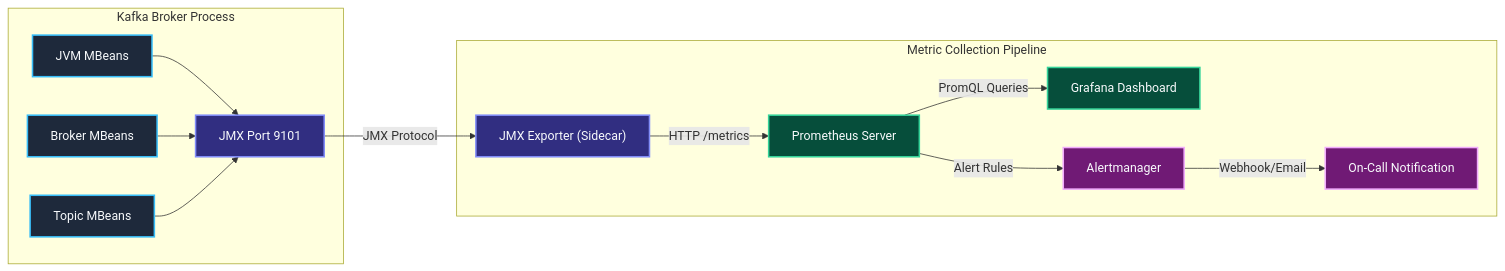
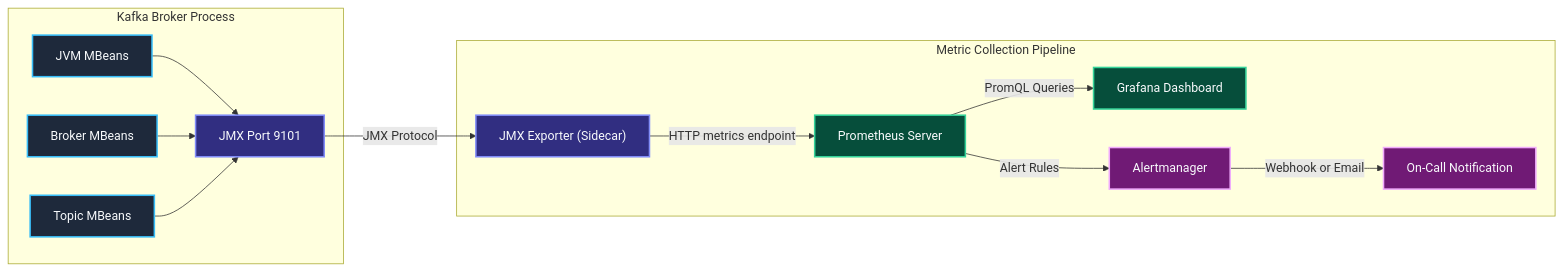
Diagram 27 of 48 in docs/configDoc/kafka-configuration-guide.md (Chief-Strategist-J/llm-obs-infra), drawn with Mermaid before and after one commit. The commit also changed other lines of this file, not shown here.

Commit message:
fix(docs): resolve all Mermaid diagram syntax and layout rendering issues in kafka configuration guide

````diff
--- a/docs/configDoc/kafka-configuration-guide.md
+++ b/docs/configDoc/kafka-configuration-guide.md
@@ -2119,26 +2133,28 @@
 ```mermaid
 graph LR
     subgraph KafkaBroker ["Kafka Broker Process"]
         JVMMetrics["JVM MBeans"] --> JMXPort["JMX Port 9101"]
         BrokerMetrics["Broker MBeans"] --> JMXPort
         TopicMetrics["Topic MBeans"] --> JMXPort
     end
 
     subgraph MetricPipeline ["Metric Collection Pipeline"]
-        JMXPort -->|JMX Protocol| Exporter["JMX Exporter (Sidecar)"]
-        Exporter -->|HTTP /metrics| Prometheus["Prometheus Server"]
+        Exporter["JMX Exporter (Sidecar)"]
+        Exporter -->|HTTP metrics endpoint| Prometheus["Prometheus Server"]
         Prometheus -->|PromQL Queries| Grafana["Grafana Dashboard"]
         Prometheus -->|Alert Rules| AlertMgr["Alertmanager"]
-        AlertMgr -->|Webhook/Email| OnCall["On-Call Notification"]
+        AlertMgr -->|Webhook or Email| OnCall["On-Call Notification"]
     end
+
+    JMXPort -->|JMX Protocol| Exporter
 
     style JVMMetrics fill:#1e293b,stroke:#38bdf8,stroke-width:2px,color:#f8fafc
     style BrokerMetrics fill:#1e293b,stroke:#38bdf8,stroke-width:2px,color:#f8fafc
     style TopicMetrics fill:#1e293b,stroke:#38bdf8,stroke-width:2px,color:#f8fafc
     style JMXPort fill:#312e81,stroke:#818cf8,stroke-width:2px,color:#f8fafc
     style Exporter fill:#312e81,stroke:#818cf8,stroke-width:2px,color:#f8fafc
     style Prometheus fill:#064e3b,stroke:#34d399,stroke-width:2px,color:#f8fafc
     style Grafana fill:#064e3b,stroke:#34d399,stroke-width:2px,color:#f8fafc
     style AlertMgr fill:#701a75,stroke:#f0abfc,stroke-width:2px,color:#f8fafc
     style OnCall fill:#701a75,stroke:#f0abfc,stroke-width:2px,color:#f8fafc
 ```
````
